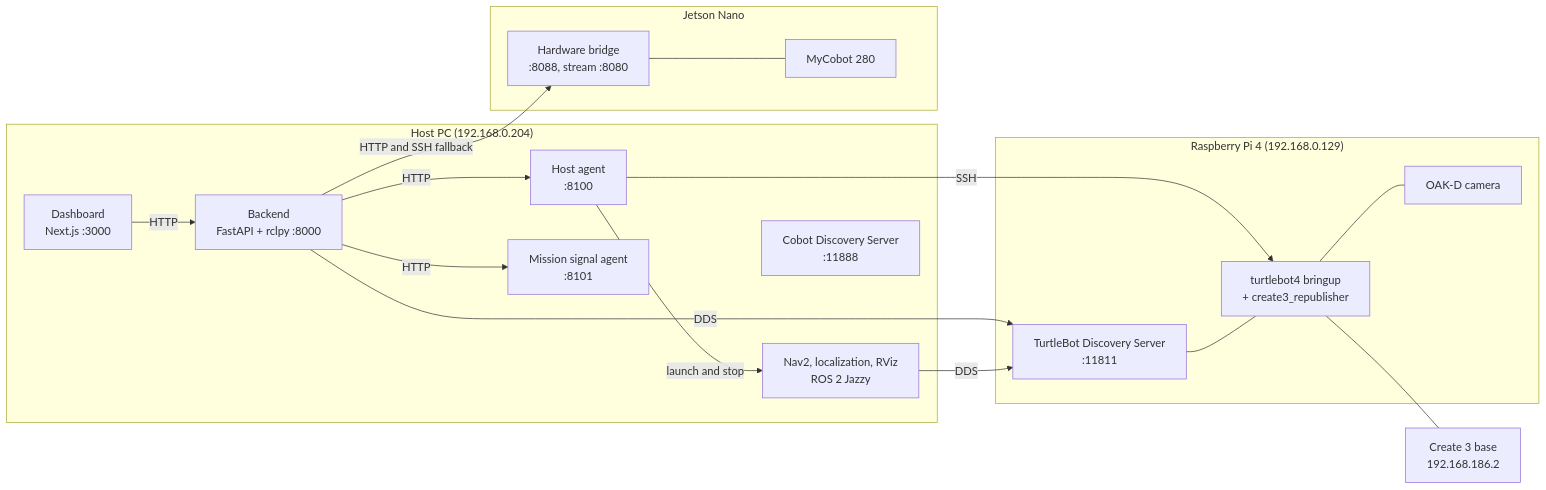
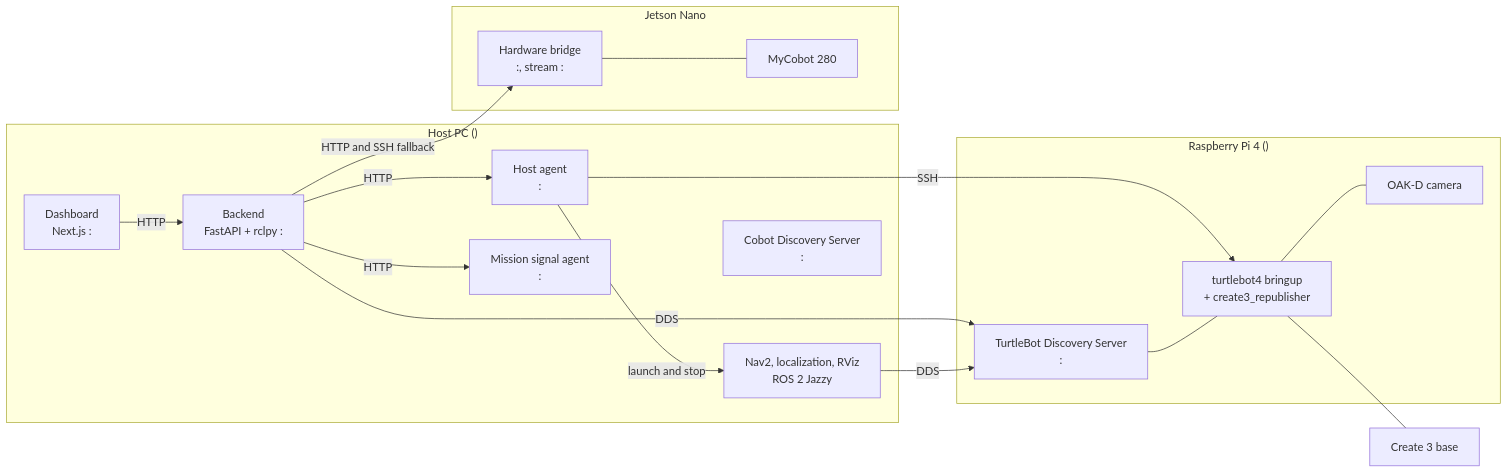
The diagram in docs/architecture/system-overview.md (B002-FUTURE-LAB/B002_Future_Lab_Bots), drawn with Mermaid before and after one commit. The commit also changed other lines of this file and 37 other files, not shown here.

````diff
--- a/docs/architecture/system-overview.md
+++ b/docs/architecture/system-overview.md
@@ -7,34 +7,34 @@
 ```mermaid
 flowchart LR
-    subgraph HOST["Host PC (192.168.0.204)"]
-        FE["Dashboard<br/>Next.js :3000"]
-        BE["Backend<br/>FastAPI + rclpy :8000"]
-        AG["Host agent<br/>:8100"]
-        SIG["Mission signal agent<br/>:8101"]
+    subgraph HOST["Host PC (<HOST_PC_IP>)"]
+        FE["Dashboard<br/>Next.js :<FRONTEND_PORT>"]
+        BE["Backend<br/>FastAPI + rclpy :<BACKEND_PORT>"]
+        AG["Host agent<br/>:<HOST_AGENT_PORT>"]
+        SIG["Mission signal agent<br/>:<MISSION_SIGNAL_PORT>"]
         NAV["Nav2, localization, RViz<br/>ROS 2 Jazzy"]
-        CDS["Cobot Discovery Server<br/>:11888"]
+        CDS["Cobot Discovery Server<br/>:<COBOT_DISCOVERY_PORT>"]
     end
-    subgraph RPI["Raspberry Pi 4 (192.168.0.129)"]
-        TDS["TurtleBot Discovery Server<br/>:11811"]
+    subgraph RPI["Raspberry Pi 4 (<TURTLEBOT_IP>)"]
+        TDS["TurtleBot Discovery Server<br/>:<TB4_DISCOVERY_PORT>"]
         BRG["turtlebot4 bringup<br/>+ create3_republisher"]
         OAK["OAK-D camera"]
     end
-    C3["Create 3 base<br/>192.168.186.2"]
+    C3["Create 3 base<br/><CREATE3_BASE_IP>"]
     subgraph NANO["Jetson Nano"]
-        BR["Hardware bridge<br/>:8088, stream :8080"]
+        BR["Hardware bridge<br/>:<NANO_BRIDGE_PORT>, stream :<CAMERA_STREAM_PORT>"]
         ARM["MyCobot 280"]
     end
 
     FE -->|HTTP| BE
     BE -->|HTTP| AG
     BE -->|HTTP| SIG
     AG -->|launch and stop| NAV
     AG -->|SSH| BRG
     BE -->|DDS| TDS
     TDS --- BRG
     BRG --- C3
     BRG --- OAK
     NAV -->|DDS| TDS
     BE -->|HTTP and SSH fallback| BR
     BR --- ARM
 ```
````
